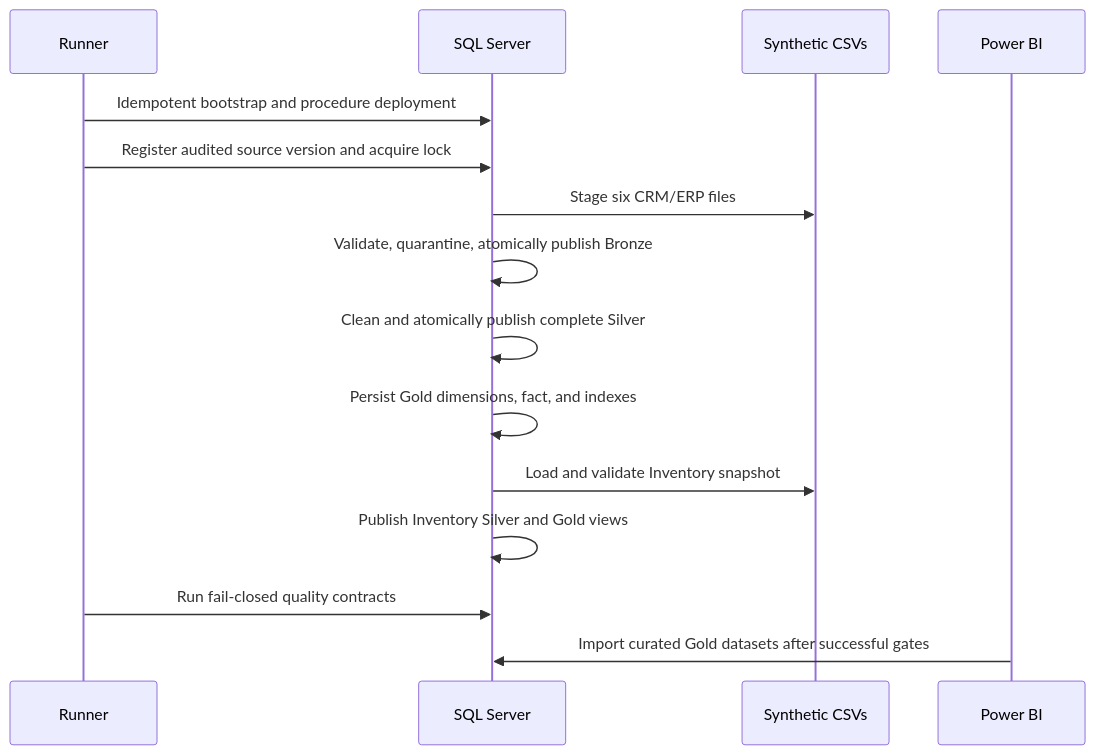
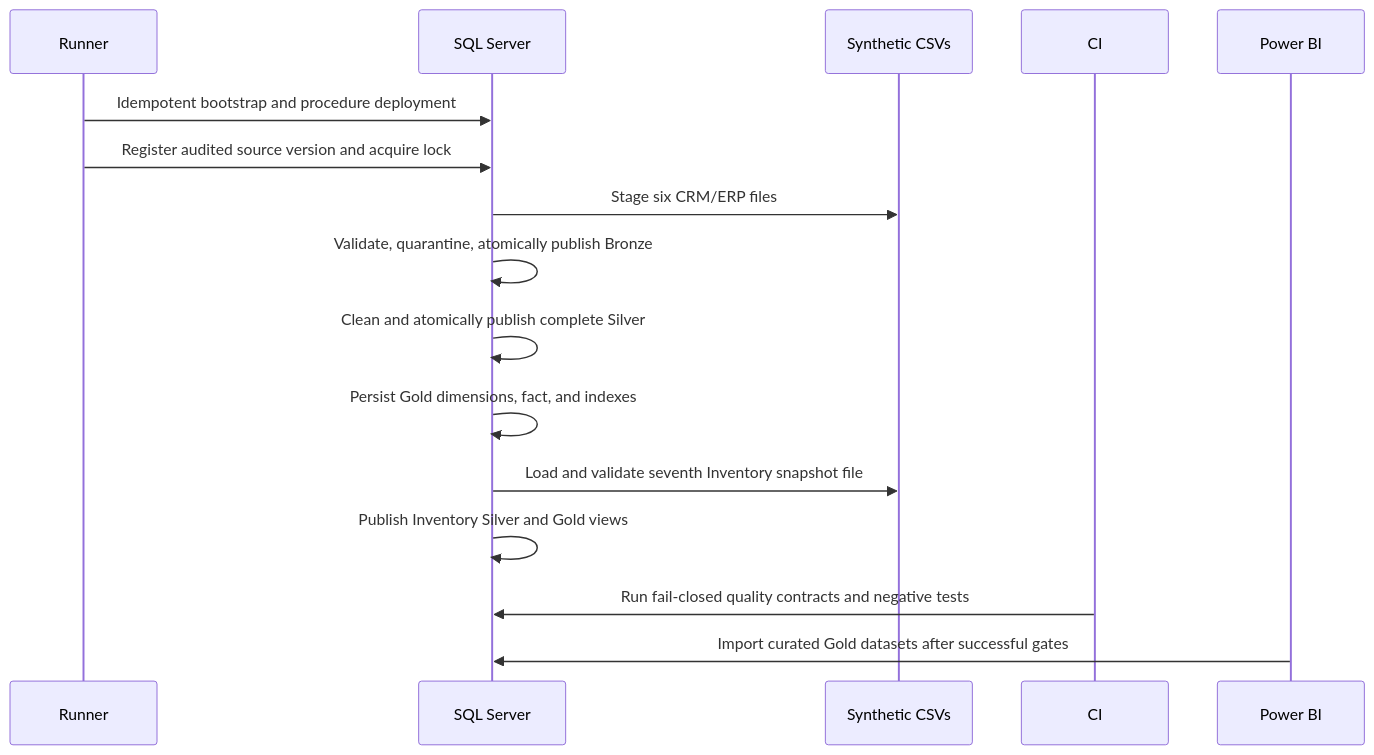
One commit to KonstantinData/SQL-Data-Warehouse changed the second of 2 diagrams in docs/architecture/data_lineage.md. Above: the diagram before and after it, drawn with Mermaid. The commit also changed other lines of this file and 40 other files, not shown here.

````diff
--- a/docs/architecture/data_lineage.md
+++ b/docs/architecture/data_lineage.md
@@ -25,17 +25,18 @@
 ```mermaid
 sequenceDiagram
     participant Runner
     participant DB as SQL Server
     participant Files as Synthetic CSVs
+    participant CI
     participant BI as Power BI
     Runner->>DB: Idempotent bootstrap and procedure deployment
     Runner->>DB: Register audited source version and acquire lock
     DB->>Files: Stage six CRM/ERP files
     DB->>DB: Validate, quarantine, atomically publish Bronze
     DB->>DB: Clean and atomically publish complete Silver
     DB->>DB: Persist Gold dimensions, fact, and indexes
-    DB->>Files: Load and validate Inventory snapshot
+    DB->>Files: Load and validate seventh Inventory snapshot file
     DB->>DB: Publish Inventory Silver and Gold views
-    Runner->>DB: Run fail-closed quality contracts
+    CI->>DB: Run fail-closed quality contracts and negative tests
     BI->>DB: Import curated Gold datasets after successful gates
 ```
````
